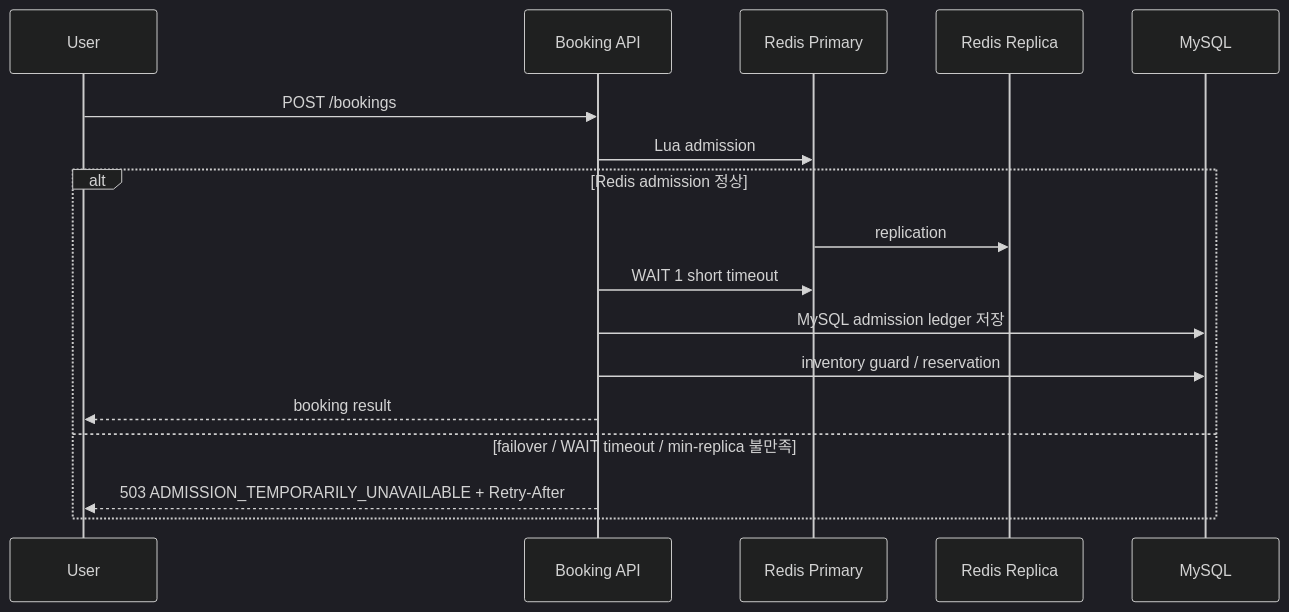
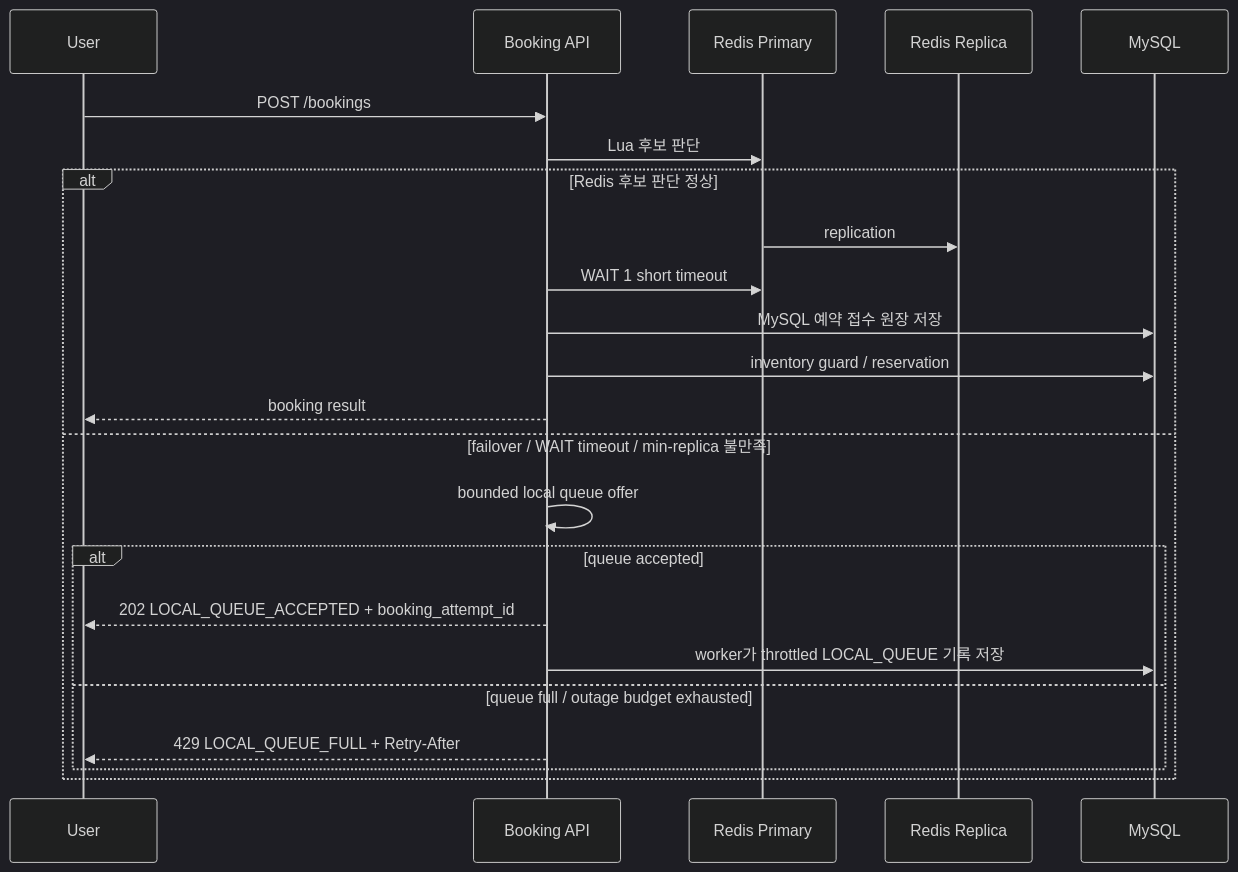
One commit to lsh1215/peak-booking-system changed the second of 3 diagrams in docs/system-design/mock-interview.md. Above: the diagram before and after it, drawn with Mermaid (dark theme). The commit also changed other lines of this file and 4 other files, not shown here.

````diff
--- a/docs/system-design/mock-interview.md
+++ b/docs/system-design/mock-interview.md
@@ -104,20 +104,26 @@
 ```mermaid
 sequenceDiagram
     participant U as User
     participant API as Booking API
     participant R as Redis Primary
     participant RR as Redis Replica
     participant DB as MySQL
 
     U->>API: POST /bookings
-    API->>R: Lua admission
-    alt Redis admission 정상
+    API->>R: Lua 후보 판단
+    alt Redis 후보 판단 정상
         R->>RR: replication
         API->>R: WAIT 1 short timeout
-        API->>DB: MySQL admission ledger 저장
+        API->>DB: MySQL 예약 접수 원장 저장
         API->>DB: inventory guard / reservation
         API-->>U: booking result
     else failover / WAIT timeout / min-replica 불만족
-        API-->>U: 503 ADMISSION_TEMPORARILY_UNAVAILABLE + Retry-After
+        API->>API: bounded local queue offer
+        alt queue accepted
+            API-->>U: 202 LOCAL_QUEUE_ACCEPTED + booking_attempt_id
+            API->>DB: worker가 throttled LOCAL_QUEUE 기록 저장
+        else queue full / outage budget exhausted
+            API-->>U: 429 LOCAL_QUEUE_FULL + Retry-After
+        end
     end
 ```
````
